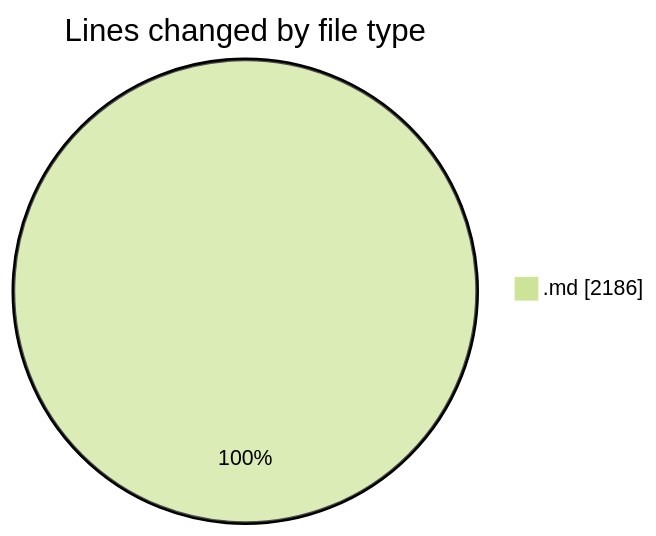
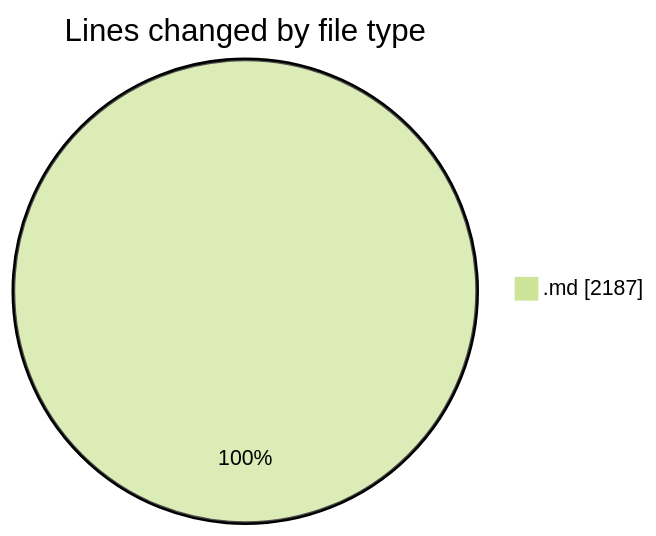
Before and after one commit to Ritupan-Deka/code-tracking: the first of 2 diagrams in 2025-07-09/urlwebwala_intership_work/README.md, drawn with Mermaid (forest theme). The commit also changed other lines of this file and 1 other file, not shown here.

````diff
--- a/2025-07-09/urlwebwala_intership_work/README.md
+++ b/2025-07-09/urlwebwala_intership_work/README.md
@@ -20,5 +20,5 @@
 ```mermaid
 pie showData
 title Lines changed by file type
-".md" : 2186
+".md" : 2187
 ```
````
